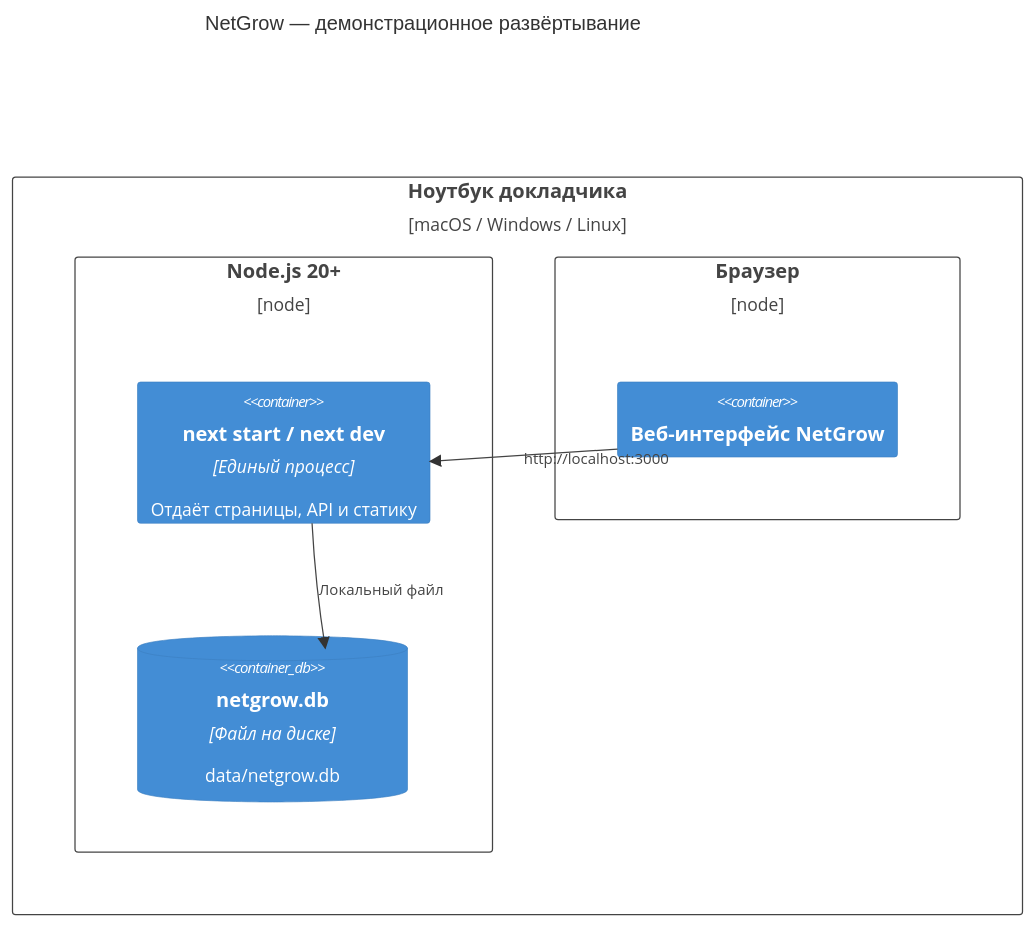
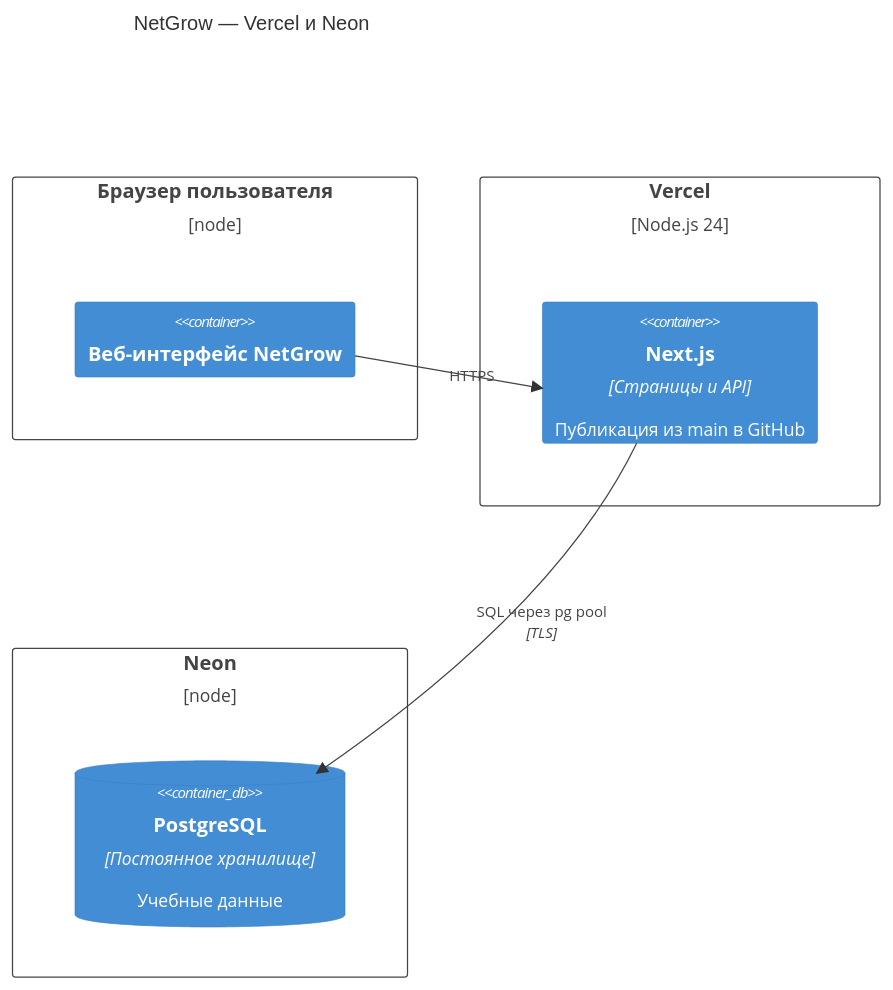
The third of 3 diagrams in docs/architecture.md (lattelix/netgrow-academic), drawn with Mermaid before and after one commit. The commit also changed other lines of this file and 83 other files, not shown here.

Commit message:
Add PostgreSQL online edition and Vercel deployment configuration

````diff
--- a/docs/architecture.md
+++ b/docs/architecture.md
@@ -76,17 +76,17 @@
 ```mermaid
 C4Deployment
-  title NetGrow — демонстрационное развёртывание
+  title NetGrow — Vercel и Neon
 
-  Deployment_Node(laptop, "Ноутбук докладчика", "macOS / Windows / Linux") {
-    Deployment_Node(node, "Node.js 20+") {
-      Container(server, "next start / next dev", "Единый процесс", "Отдаёт страницы, API и статику")
-      ContainerDb(sqlite, "netgrow.db", "Файл на диске", "data/netgrow.db")
-    }
-    Deployment_Node(browser, "Браузер") {
-      Container(client, "Веб-интерфейс NetGrow")
-    }
+  Deployment_Node(browser, "Браузер пользователя") {
+    Container(client, "Веб-интерфейс NetGrow")
+  }
+  Deployment_Node(vercel, "Vercel", "Node.js 24") {
+    Container(server, "Next.js", "Страницы и API", "Публикация из main в GitHub")
+  }
+  Deployment_Node(neon, "Neon") {
+    ContainerDb(postgres, "PostgreSQL", "Постоянное хранилище", "Учебные данные")
   }
 
-  Rel(client, server, "http://localhost:3000")
-  Rel(server, sqlite, "Локальный файл")
+  Rel(client, server, "HTTPS")
+  Rel(server, postgres, "SQL через pg pool", "TLS")
 ```
````
